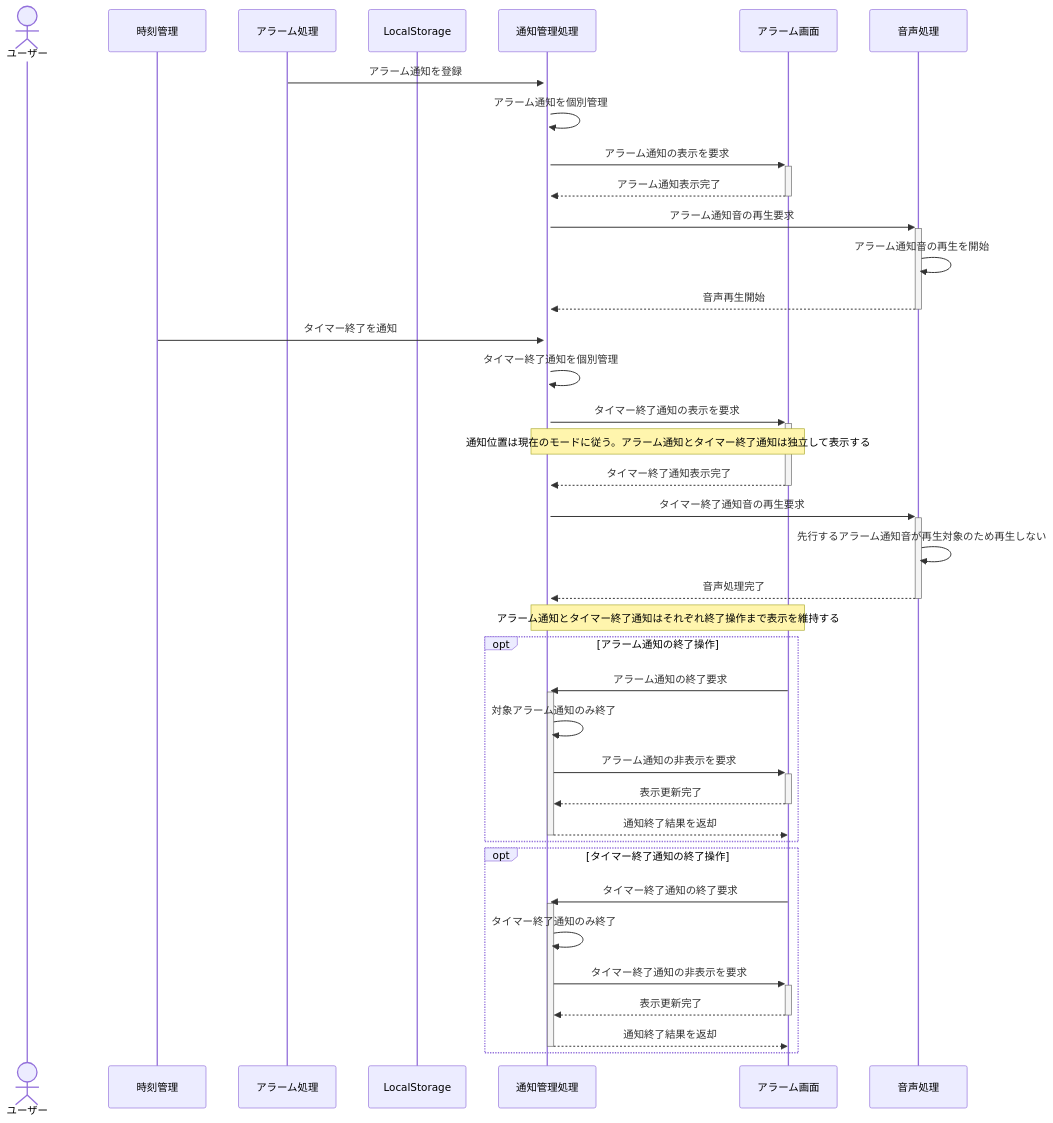
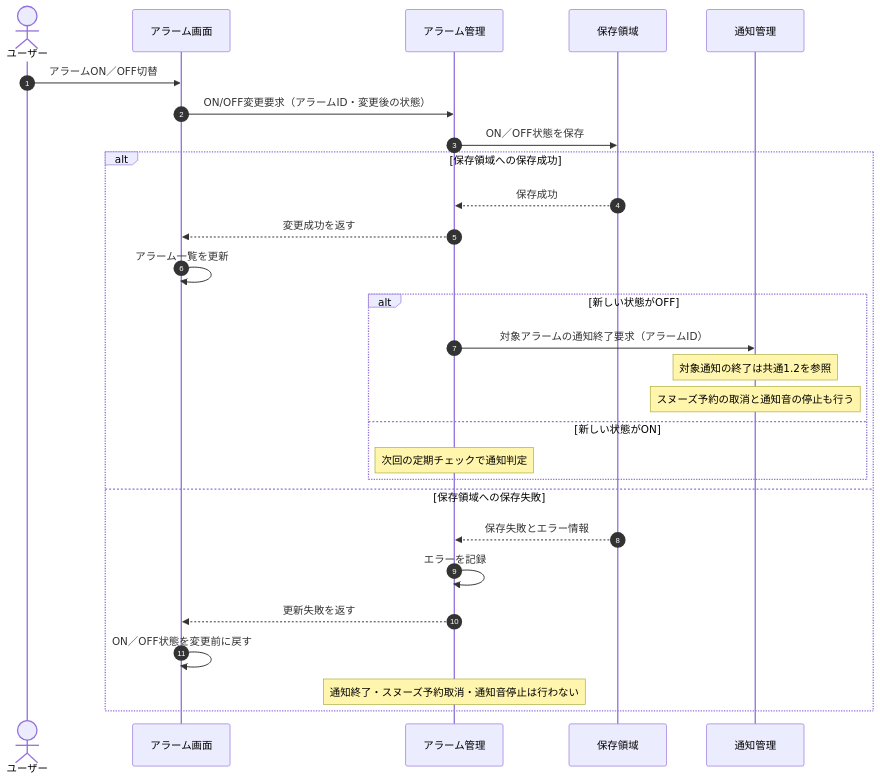
The fifth of 6 diagrams in document/設計/シーケンス図/アラームシーケンス図.md (shun62201234-crypto/timerApplication), drawn with Mermaid before and after one commit. The commit also changed other lines of this file, not shown here.

First line of the commit message:
アラームシーケンス図の整理と共通処理への集約

````diff
--- a/document/設計/シーケンス図/アラームシーケンス図.md
+++ b/document/設計/シーケンス図/アラームシーケンス図.md
@@ -198,47 +116,35 @@
 ```mermaid
 sequenceDiagram
+    autonumber
     actor User as ユーザー
-    participant Clock as 時刻管理
-    participant Alarm as アラーム処理
-    participant Storage as LocalStorage
-    participant Notify as 通知管理処理
     participant UI as アラーム画面
-    participant Audio as 音声処理
+    participant Alarm as アラーム管理
+    participant Storage as 保存領域
+    participant Notify as 通知管理
 
-    Alarm->>+Notify: アラーム通知を登録
-    Notify->>Notify: アラーム通知を個別管理
-    Notify->>+UI: アラーム通知の表示を要求
-    UI-->>-Notify: アラーム通知表示完了
+    User->>UI: アラームON／OFF切替
+    UI->>Alarm: ON/OFF変更要求（アラームID・変更後の状態）
+    Alarm->>Storage: ON／OFF状態を保存
 
-    Notify->>+Audio: アラーム通知音の再生要求
-    Audio->>Audio: アラーム通知音の再生を開始
-    Audio-->>-Notify: 音声再生開始
+    alt 保存領域への保存成功
+        Storage-->>Alarm: 保存成功
+        Alarm-->>UI: 変更成功を返す
+        UI->>UI: アラーム一覧を更新
 
-    Clock->>Notify: タイマー終了を通知
-    Notify->>Notify: タイマー終了通知を個別管理
-    Notify->>+UI: タイマー終了通知の表示を要求
-    Note over Notify,UI: 通知位置は現在のモードに従う。アラーム通知とタイマー終了通知は独立して表示する
-    UI-->>-Notify: タイマー終了通知表示完了
+        alt 新しい状態がOFF
+            Alarm->>Notify: 対象アラームの通知終了要求（アラームID）
+            Note over Notify: 対象通知の終了は共通1.2を参照
+            Note over Notify: スヌーズ予約の取消と通知音の停止も行う
+        else 新しい状態がON
+            Note over Alarm: 次回の定期チェックで通知判定
+        end
 
-    Notify->>+Audio: タイマー終了通知音の再生要求
-    Audio->>Audio: 先行するアラーム通知音が再生対象のため再生しない
-    Audio-->>-Notify: 音声処理完了
+    else 保存領域への保存失敗
+        Storage-->>Alarm: 保存失敗とエラー情報
+        Alarm->>Alarm: エラーを記録
+        Alarm-->>UI: 更新失敗を返す
+        UI->>UI: ON／OFF状態を変更前に戻す
 
-    Note over Notify,UI: アラーム通知とタイマー終了通知はそれぞれ終了操作まで表示を維持する
-
-    opt アラーム通知の終了操作
-        UI->>+Notify: アラーム通知の終了要求
-        Notify->>Notify: 対象アラーム通知のみ終了
-        Notify->>+UI: アラーム通知の非表示を要求
-        UI-->>-Notify: 表示更新完了
-        Notify-->>-UI: 通知終了結果を返却
-    end
-
-    opt タイマー終了通知の終了操作
-        UI->>+Notify: タイマー終了通知の終了要求
-        Notify->>Notify: タイマー終了通知のみ終了
-        Notify->>+UI: タイマー終了通知の非表示を要求
-        UI-->>-Notify: 表示更新完了
-        Notify-->>-UI: 通知終了結果を返却
+        Note over Alarm: 通知終了・スヌーズ予約取消・通知音停止は行わない
     end
 ```
````
